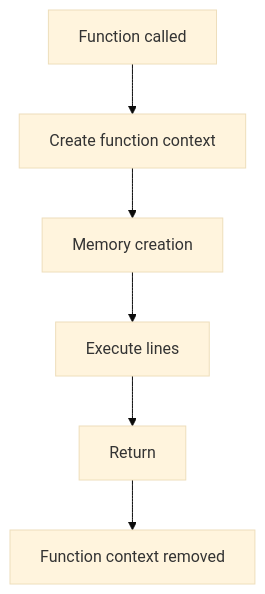
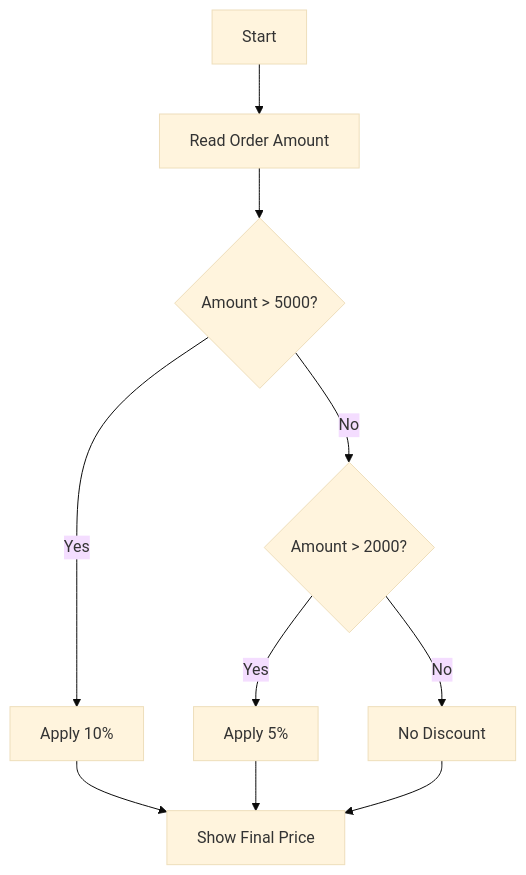
One commit to AbhishekDhone7/javascript-git-basics changed the fifth of 16 diagrams in JavaScript-Beginners-Guide.md. Above: the diagram before and after it, drawn with Mermaid (base theme). The commit also changed other lines of this file and 1 other file, not shown here.

````diff
--- a/JavaScript-Beginners-Guide.md
+++ b/JavaScript-Beginners-Guide.md
@@ -385,8 +352,12 @@
 ```mermaid
 flowchart TD
-A[Function called] --> B[Create function context]
-B --> C[Memory creation]
-C --> D[Execute lines]
-D --> E[Return]
-E --> F[Function context removed]
+A[Start] --> B[Read Order Amount]
+B --> C{Amount > 5000?}
+C -- Yes --> D[Apply 10%]
+C -- No --> E{Amount > 2000?}
+E -- Yes --> F[Apply 5%]
+E -- No --> G[No Discount]
+D --> H[Show Final Price]
+F --> H
+G --> H
 ```
````
